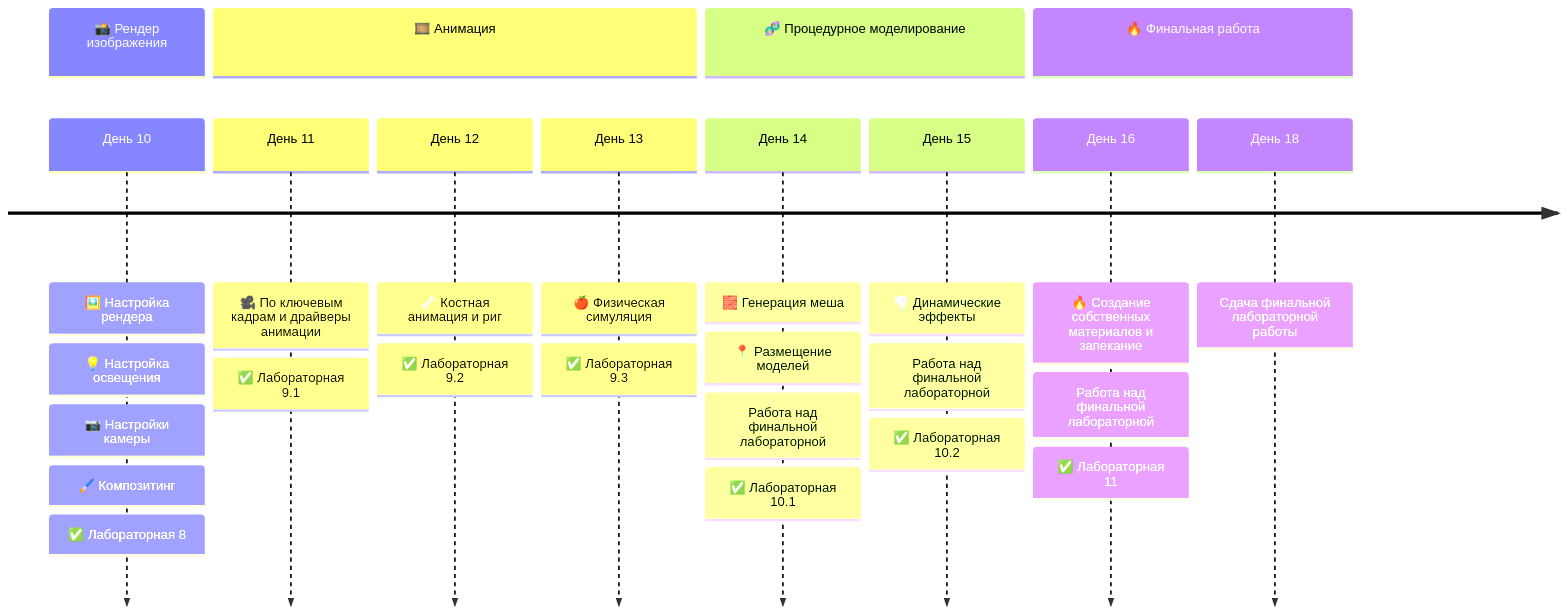
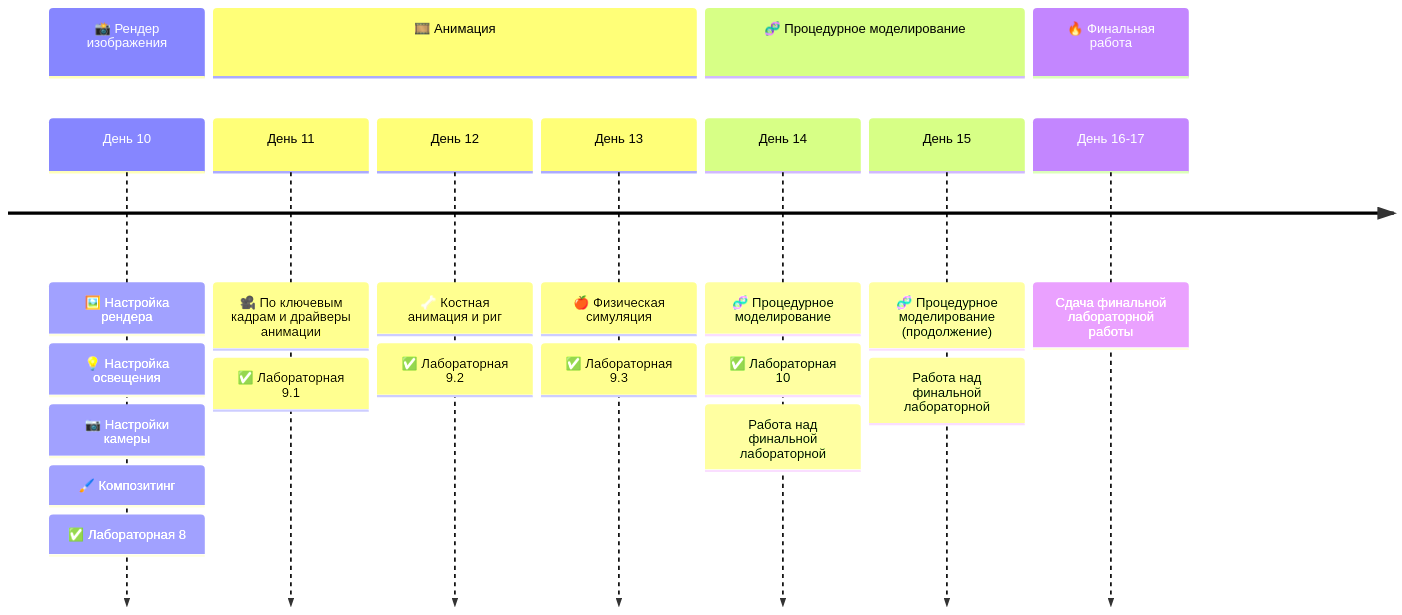
One commit to mvodya/3d-course-blender-2025 changed the second of 2 diagrams in README.md. Above: the diagram before and after it, drawn with Mermaid. The commit also changed other lines of this file and 1 other file, not shown here.

Commit message:
Fixed plan & renamed lab

````diff
--- a/README.md
+++ b/README.md
@@ -122,40 +120,34 @@
 ```mermaid
 timeline
     section 📸 Рендер изображения
         День 10 :
             🖼️ Настройка рендера :
             💡 Настройка освещения :
             📷 Настройки камеры :
             🖌️ Композитинг :
             ✅ Лабораторная 8
 
     section 🎞️ Анимация
         День 11 :
             🎥 По ключевым кадрам и драйверы анимации :
             ✅ Лабораторная 9.1
         День 12 :
             🦴 Костная анимация и риг :
             ✅ Лабораторная 9.2
         День 13 :
             🍎 Физическая симуляция :
             ✅ Лабораторная 9.3
 
     section 🧬 Процедурное моделирование
         День 14 :
-            🧱 Генерация меша :
-            📍 Размещение моделей :
-            Работа над финальной лабораторной :
-            ✅ Лабораторная 10.1
+            🧬 Процедурное моделирование :
+            ✅ Лабораторная 10 :
+            Работа над финальной лабораторной
         День 15 :
-            🌪️ Динамические эффекты :
-            Работа над финальной лабораторной :
-            ✅ Лабораторная 10.2
+            🧬 Процедурное моделирование (продолжение) :
+            Работа над финальной лабораторной
 
     section 🔥 Финальная работа
-        День 16 :
-            🔥 Создание собственных материалов и запекание :
-            Работа над финальной лабораторной :
-            ✅ Лабораторная 11
-        День 18 :
+        День 16-17 :
             Сдача финальной лабораторной работы
 ```
````
